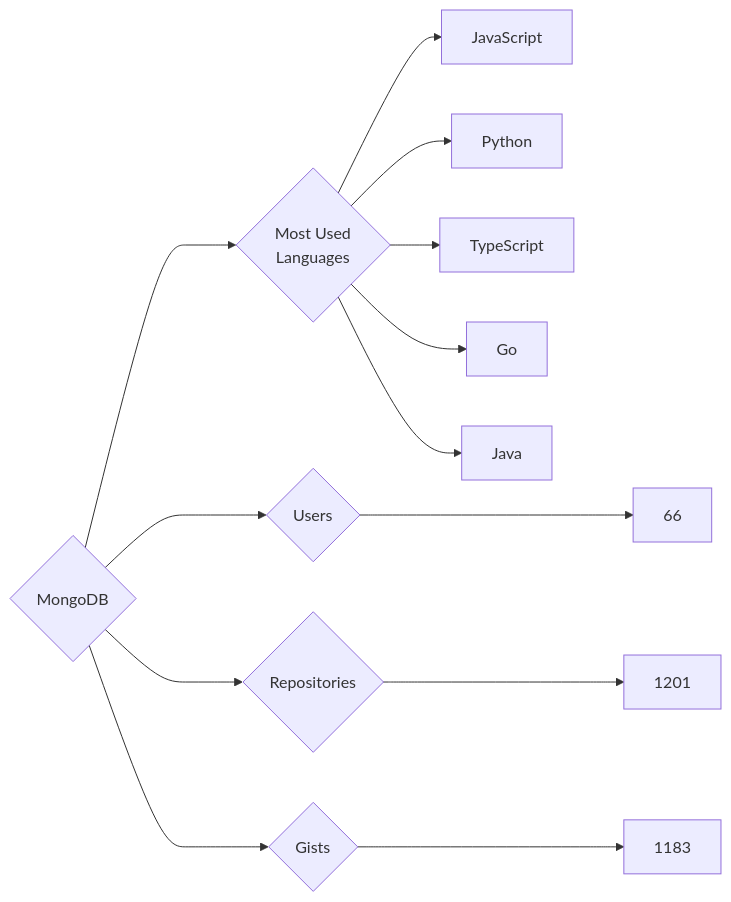
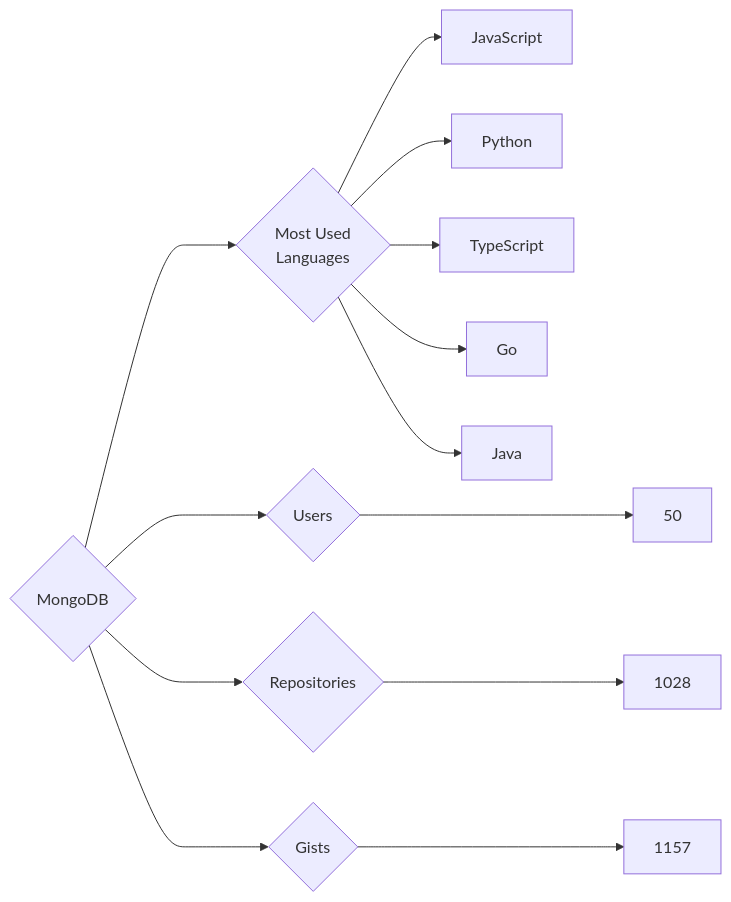
One commit to trickest/insiders changed the diagram in targets/MongoDB/README.md. Above: the diagram before and after it, drawn with Mermaid. The commit also changed 964 other files, not shown here.

````diff
--- a/targets/MongoDB/README.md
+++ b/targets/MongoDB/README.md
@@ -3,13 +3,13 @@
 ```mermaid
 graph LR
 COMPANY_NAME{MongoDB}
-COMPANY_NAME ---> U{Users} ---> UN[66]
-COMPANY_NAME ---> R{Repositories} ---> RN[1201]
-COMPANY_NAME ---> G{Gists} ---> GN[1183]
+COMPANY_NAME ---> U{Users} ---> UN[50]
+COMPANY_NAME ---> R{Repositories} ---> RN[1028]
+COMPANY_NAME ---> G{Gists} ---> GN[1157]
 COMPANY_NAME ---> ML{Most Used<br>Languages}
 ML --> JavaScript[JavaScript]
 ML --> Python[Python]
 ML --> TypeScript[TypeScript]
 ML --> Go[Go]
 ML --> Java[Java]
 ```
````
